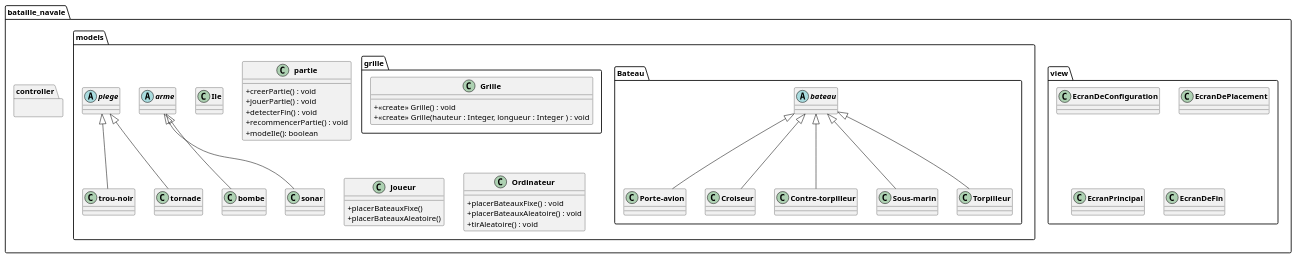
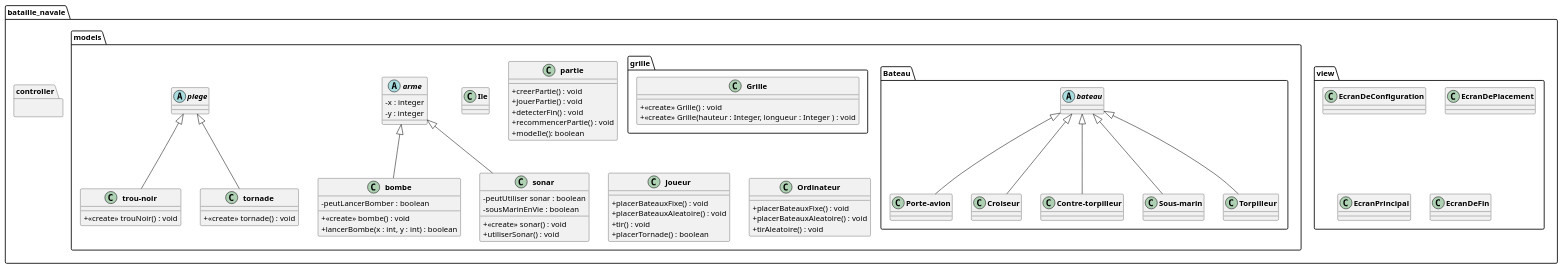
The diagram in bataille_navale_java/semaine1.puml (ferencz49/bataille-navale), drawn with PlantUML before and after one commit.

Commit message:
uml encore

```diff
--- a/bataille_navale_java/semaine1.puml
+++ b/bataille_navale_java/semaine1.puml
@@ -1,86 +1,104 @@
 @startuml
 skinparam classAttributeIconSize 0
 skinparam classFontStyle Bold
 hide enum methods
 
 
 package bataille_navale{
 
 
     package view{
         class EcranDeConfiguration{}
 
         class EcranDePlacement{}
 
         class EcranPrincipal{}
 
         class EcranDeFin{}
     }
     package controller{
 
     }
     package models{
 
         package Bateau{
 
             abstract class bateau{}
 
             class Porte-avion extends bateau{}
 
             class Croiseur extends bateau{}
 
             class Contre-torpilleur extends bateau{}
 
             class Sous-marin extends bateau{}
 
             class Torpilleur extends bateau{}
             }
 
         package grille{
 
             class Grille{
                 + <<create>> Grille() : void
                 + <<create>> Grille(hauteur : Integer, longueur : Integer ) : void
             }
 
         }
 
         class Ile{}
 
-        abstract class arme{}
+        abstract class arme{
+            - x : integer
+            - y : integer
+        }
 
-        class bombe extends arme{}
+        class bombe extends arme{
+            - peutLancerBomber : boolean
+            + <<create>> bombe() : void
+            + lancerBombe(x : int, y : int) : boolean
+        }
 
-        class sonar extends arme{}
+        class sonar extends arme{
+            - peutUtiliser sonar : boolean
+            - sousMarinEnVie : boolean
+            + <<create>> sonar() : void
+            + utiliserSonar() : void
+        }
 
         abstract class piege{}
 
-        class trou-noir extends piege{}
+        class trou-noir extends piege{
+            + <<create>> trouNoir() : void
+        }
 
-        class tornade extends piege{}
+        class tornade extends piege{
+            + <<create>> tornade() : void
+        }
 
         class partie{
             + creerPartie() : void
             + jouerPartie() : void
             + detecterFin() : void
             + recommencerPartie() : void
             + modeIle(): boolean
         }
 
         class Joueur{
-            + placerBateauxFixe()
-            + placerBateauxAleatoire()
+            + placerBateauxFixe() : void
+            + placerBateauxAleatoire() : void
+            + tir() : void
+            + placerTornade() : boolean
         }
 
         class Ordinateur{
             + placerBateauxFixe() : void
             + placerBateauxAleatoire() : void
             + tirAleatoire() : void
         }
 
     }
 
 
 }
 
 @enduml
```
